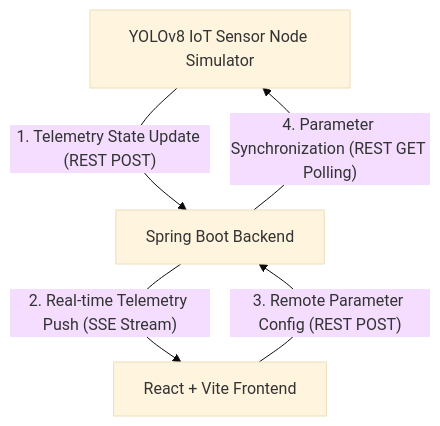
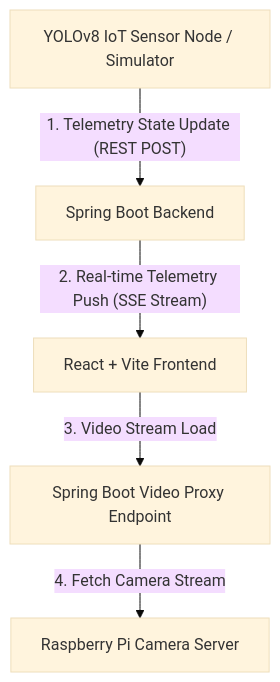
Before and after one commit to yuseungyeol-823/iot-web-dashboard: the diagram in README.md, drawn with Mermaid (base theme). The commit also changed other lines of this file, not shown here.

````diff
--- a/README.md
+++ b/README.md
@@ -35,7 +38,7 @@
 ```mermaid
 graph TD
-    Device[YOLOv8 IoT Sensor Node Simulator] -- 1. Telemetry State Update (REST POST) --> BE[Spring Boot Backend]
+    Device[YOLOv8 IoT Sensor Node / Simulator] -- 1. Telemetry State Update (REST POST) --> BE[Spring Boot Backend]
     BE -- 2. Real-time Telemetry Push (SSE Stream) --> FE[React + Vite Frontend]
-    FE -- 3. Remote Parameter Config (REST POST) --> BE
-    BE -- 4. Parameter Synchronization (REST GET Polling) --> Device
+    FE -- 3. Video Stream Load --> Proxy[Spring Boot Video Proxy Endpoint]
+    Proxy -- 4. Fetch Camera Stream --> Camera[Raspberry Pi Camera Server]
 ```
````
